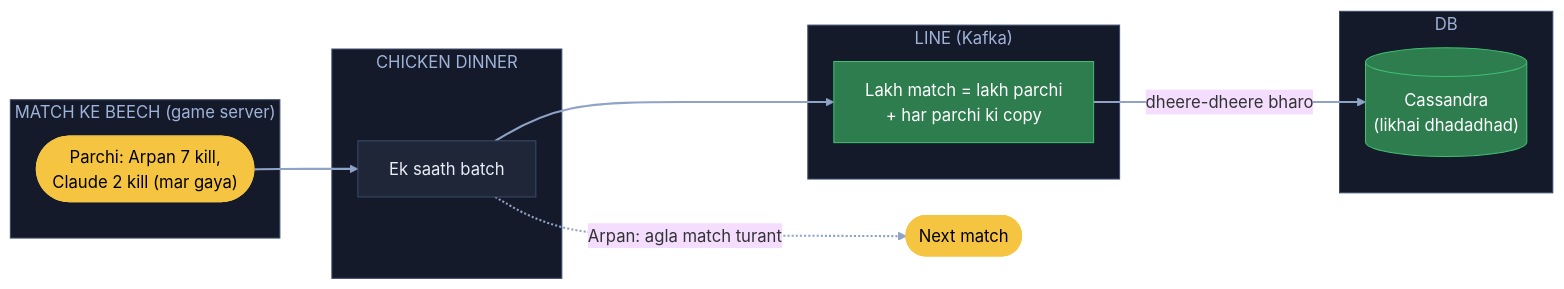
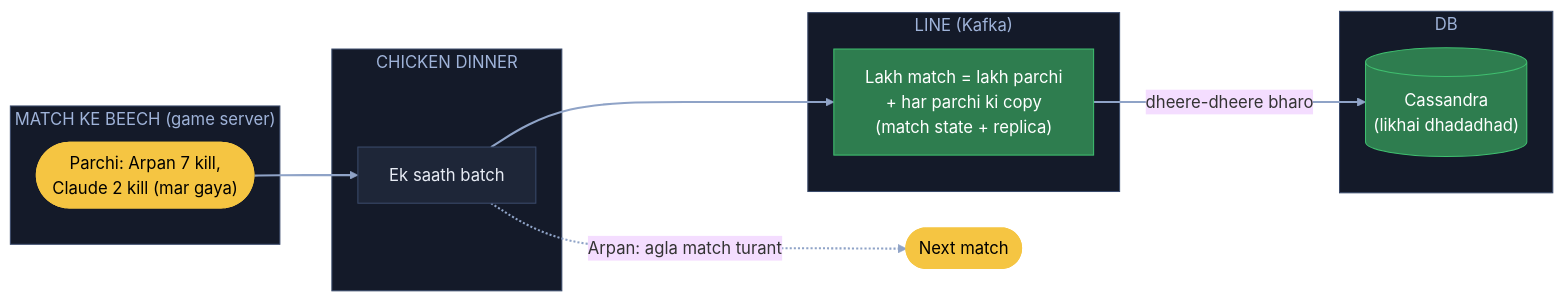
Before and after one commit to ArpanMaheshwari144/Prep: the fifth of 6 diagrams in 04_HLD/SYSTEM_DESIGNS/20_pubg/20_pubg.md, drawn with Mermaid (base theme). The commit also changed 20 other files, not shown here.

Commit message:
HLD main files: diagram me kahani shabd + bracket me asli naam (21 design, 182 label)

````diff
--- a/04_HLD/SYSTEM_DESIGNS/20_pubg/20_pubg.md
+++ b/04_HLD/SYSTEM_DESIGNS/20_pubg/20_pubg.md
@@ -264,27 +264,27 @@
 ```mermaid
 flowchart LR
     subgraph G["MATCH KE BEECH (game server)"]
         P(["Parchi: Arpan 7 kill,<br/>Claude 2 kill (mar gaya)"]):::pill
     end
     subgraph E["CHICKEN DINNER"]
         B["Ek saath batch"]:::card
     end
     subgraph K["LINE (Kafka)"]
-        Q["Lakh match = lakh parchi<br/>+ har parchi ki copy"]:::good
+        Q["Lakh match = lakh parchi<br/>+ har parchi ki copy<br/>(match state + replica)"]:::good
     end
     subgraph D["DB"]
         C[("Cassandra<br/>(likhai dhadadhad)")]:::good
     end
     P --> B
     B --> Q
     Q -- "dheere-dheere bharo" --> C
     B -. "Arpan: agla match turant" .-> N(["Next match"]):::pill
     linkStyle default stroke:#8fa3c7,stroke-width:2px
     classDef card fill:#1e2638,stroke:#3a4a6b,color:#e8ecf5
     classDef pill fill:#f5c542,stroke:#f5c542,color:#000
     classDef good fill:#2e7d4f,stroke:#3fbf6f,color:#fff
     style G fill:#141a29,stroke:#3a4a6b,color:#9fb3d9
     style E fill:#141a29,stroke:#3a4a6b,color:#9fb3d9
     style K fill:#141a29,stroke:#3a4a6b,color:#9fb3d9
     style D fill:#141a29,stroke:#3a4a6b,color:#9fb3d9
 ```
````
